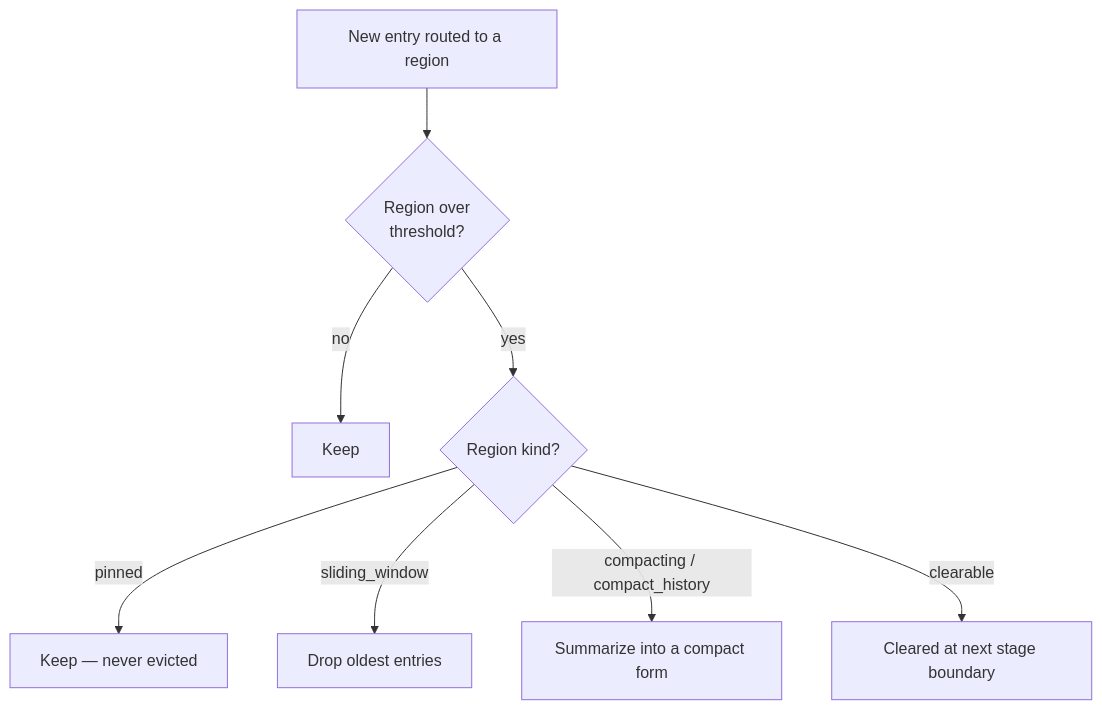
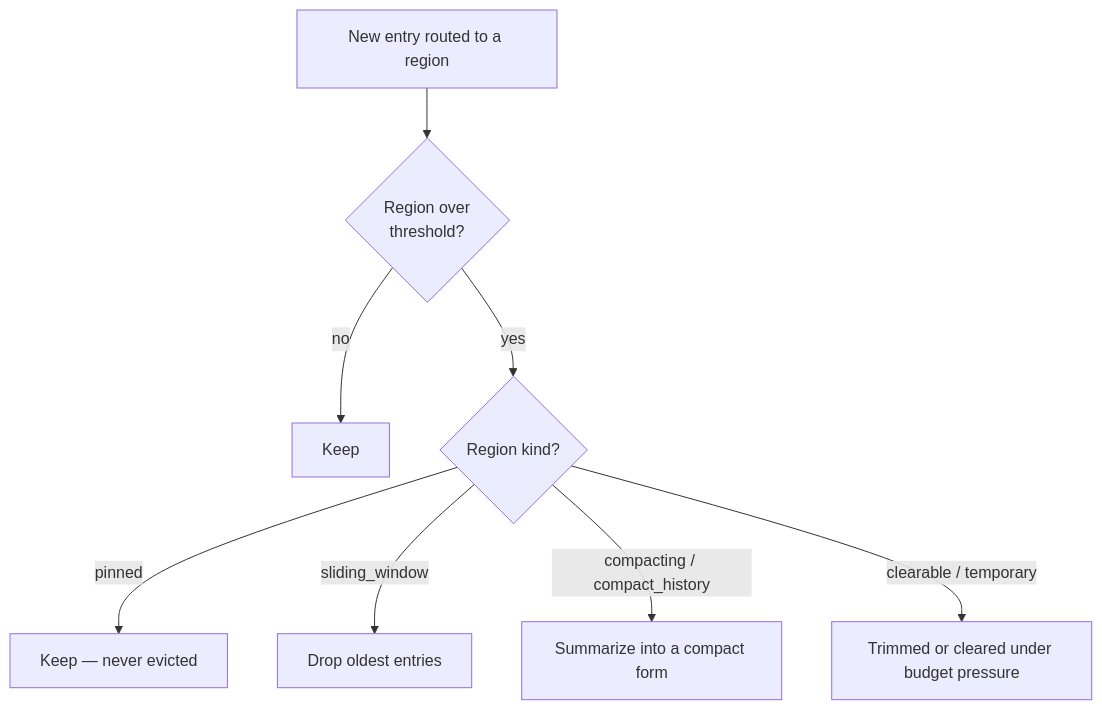
The diagram in docs/content/context.md (GEMISIS/leviath), drawn with Mermaid before and after one commit. The commit also changed other lines of this file and 16 other files, not shown here.

````diff
--- a/docs/content/context.md
+++ b/docs/content/context.md
@@ -41,10 +43,10 @@
 ```mermaid
 flowchart TD
   W["New entry routed to a region"] --> C{"Region over<br/>threshold?"}
   C -->|no| K["Keep"]
   C -->|yes| T{"Region kind?"}
   T -->|pinned| K2["Keep — never evicted"]
   T -->|sliding_window| D["Drop oldest entries"]
   T -->|compacting / compact_history| S["Summarize into a compact form"]
-  T -->|clearable| CL["Cleared at next stage boundary"]
+  T -->|clearable / temporary| CL["Trimmed or cleared under budget pressure"]
 ```
````
